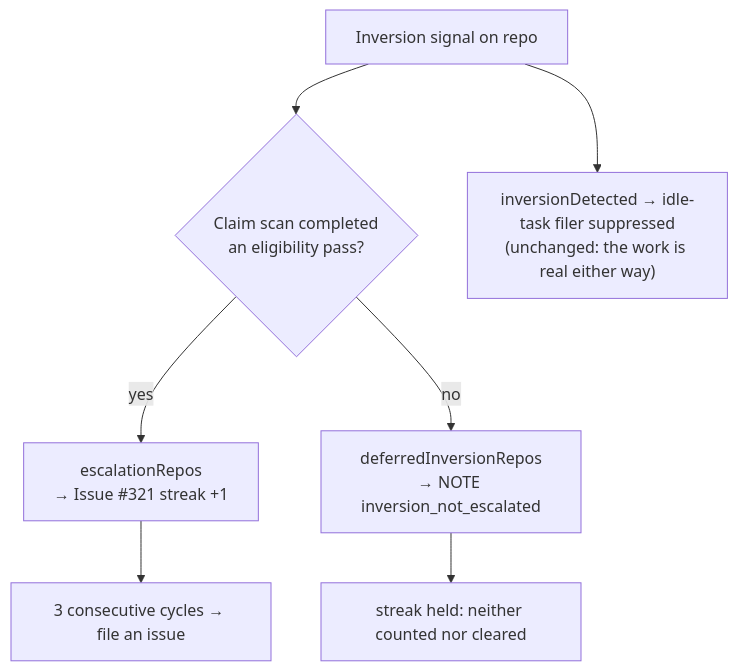
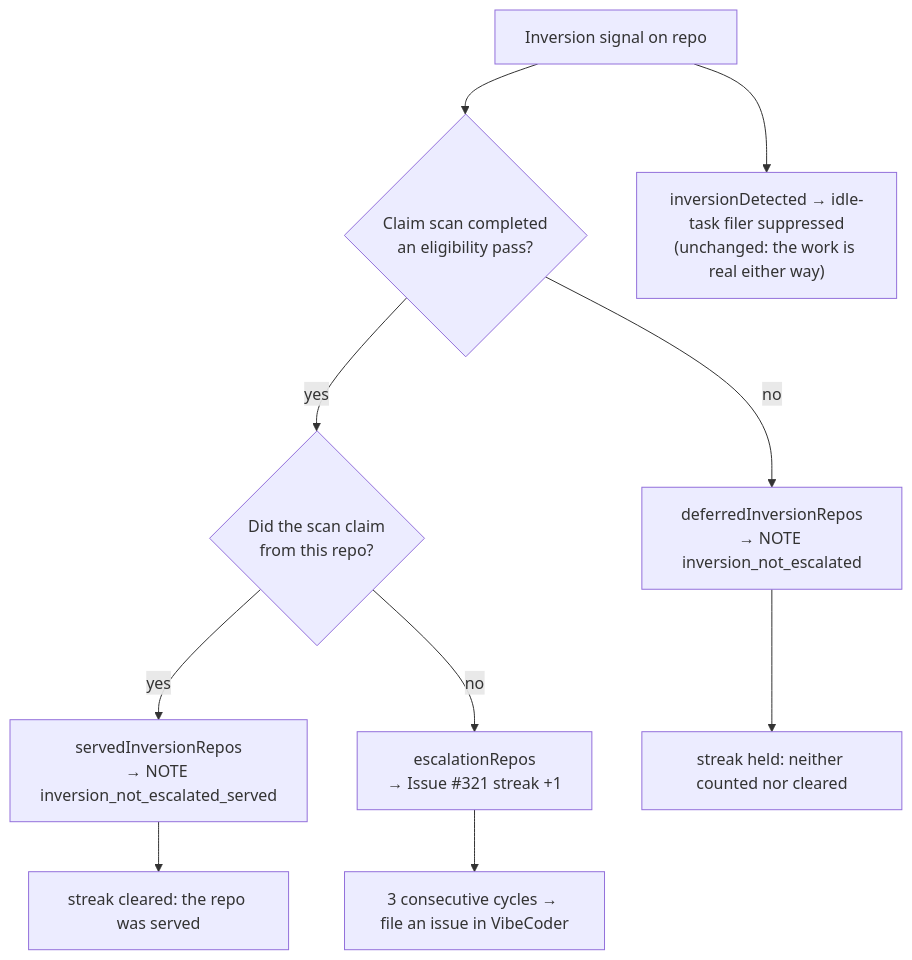
One commit to stSoftwareAU/VibeCoder changed the fourth of 15 diagrams in docs/IDLE-TASK-FRAMEWORK.md. Above: the diagram before and after it, drawn with Mermaid. The commit also changed other lines of this file and 12 other files, not shown here.

````diff
--- a/docs/IDLE-TASK-FRAMEWORK.md
+++ b/docs/IDLE-TASK-FRAMEWORK.md
@@ -565,9 +585,12 @@
 ```mermaid
 flowchart TD
     S["Inversion signal on repo"] --> C{"Claim scan completed<br/>an eligibility pass?"}
-    C -- yes --> E["escalationRepos<br/>→ Issue #321 streak +1"]
     C -- no --> D["deferredInversionRepos<br/>→ NOTE inversion_not_escalated"]
-    E --> F["3 consecutive cycles → file an issue"]
+    C -- yes --> V{"Did the scan claim<br/>from this repo?"}
+    V -- yes --> W["servedInversionRepos<br/>→ NOTE inversion_not_escalated_served"]
+    V -- no --> E["escalationRepos<br/>→ Issue #321 streak +1"]
+    E --> F["3 consecutive cycles → file an issue in VibeCoder"]
     D --> H["streak held: neither counted nor cleared"]
+    W --> H2["streak cleared: the repo was served"]
     S --> I["inversionDetected → idle-task filer suppressed<br/>(unchanged: the work is real either way)"]
 ```
````
